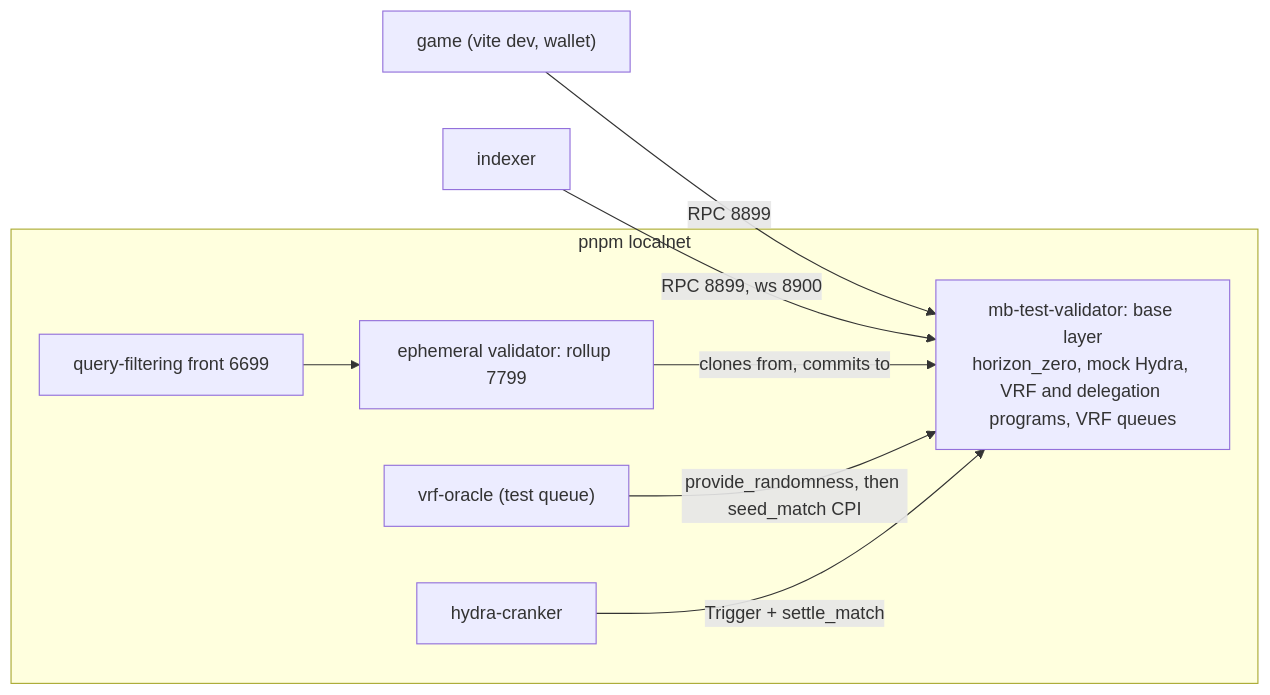
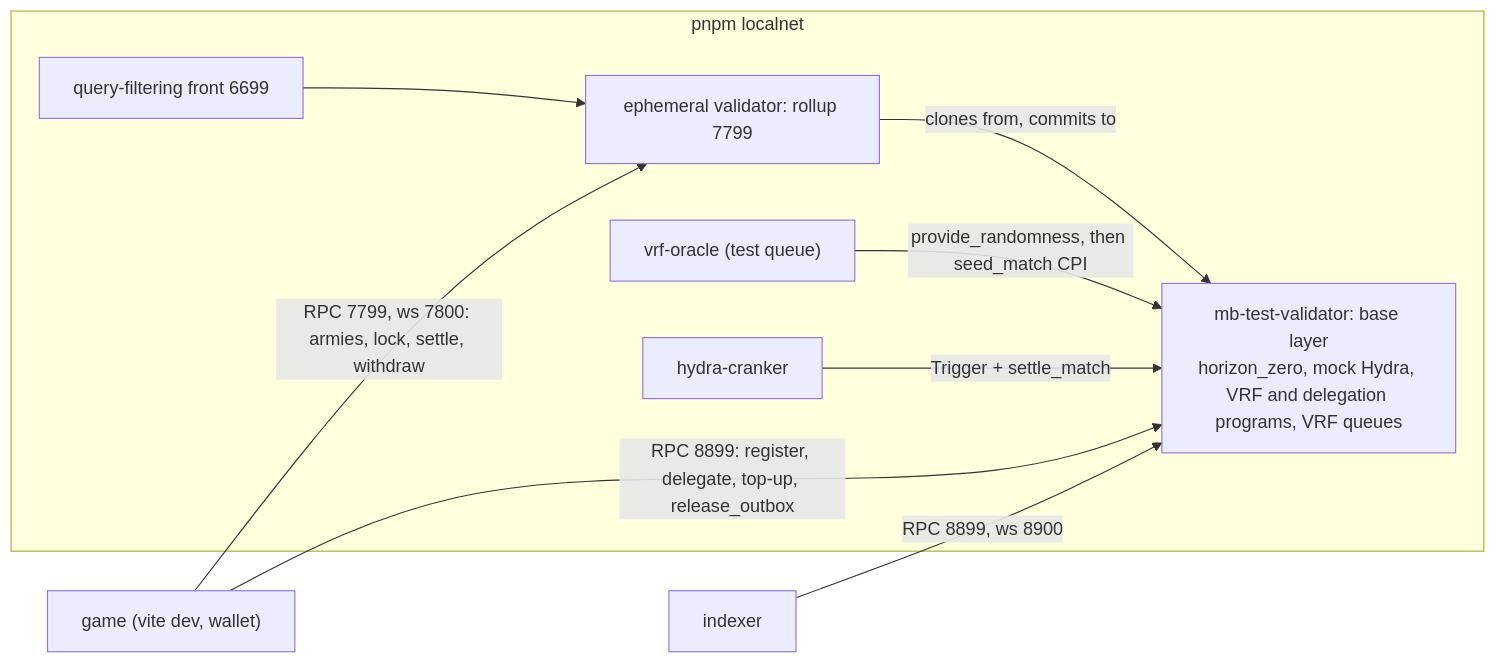
One commit to Dodecahedr0x/horizon-zero changed the diagram in docs/src/deployment.md. Above: the diagram before and after it, drawn with Mermaid. The commit also changed other lines of this file, not shown here.

Commit message:
docs: deployment describes the game's rollup endpoint and ephemeral queue

````diff
--- a/docs/src/deployment.md
+++ b/docs/src/deployment.md
@@ -15,16 +17,17 @@
 ```mermaid
 flowchart LR
-  App["game (vite dev, wallet)"] -->|"RPC 8899"| Base
+  App["game (vite dev, wallet)"] -->|"RPC 8899: register, delegate, top-up, release_outbox"| Base
+  App -->|"RPC 7799, ws 7800: armies, lock, settle, withdraw"| ER
   Indexer["indexer"] -->|"RPC 8899, ws 8900"| Base
   subgraph stack ["pnpm localnet"]
     Base["mb-test-validator: base layer<br/>horizon_zero, mock Hydra, VRF and delegation programs, VRF queues"]
     ER["ephemeral validator: rollup 7799"]
     QFS["query-filtering front 6699"]
     Oracle["vrf-oracle (test queue)"]
     Cranker["hydra-cranker"]
     QFS --> ER
     ER -->|"clones from, commits to"| Base
     Oracle -->|"provide_randomness, then seed_match CPI"| Base
     Cranker -->|"Trigger + settle_match"| Base
   end
 ```
````
